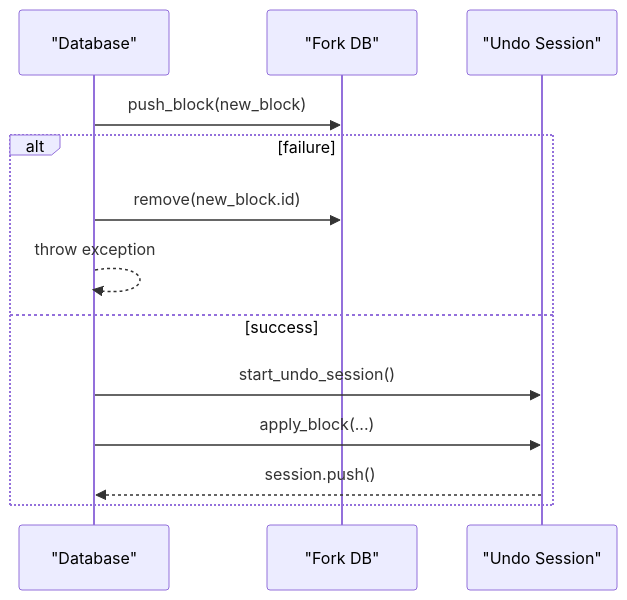
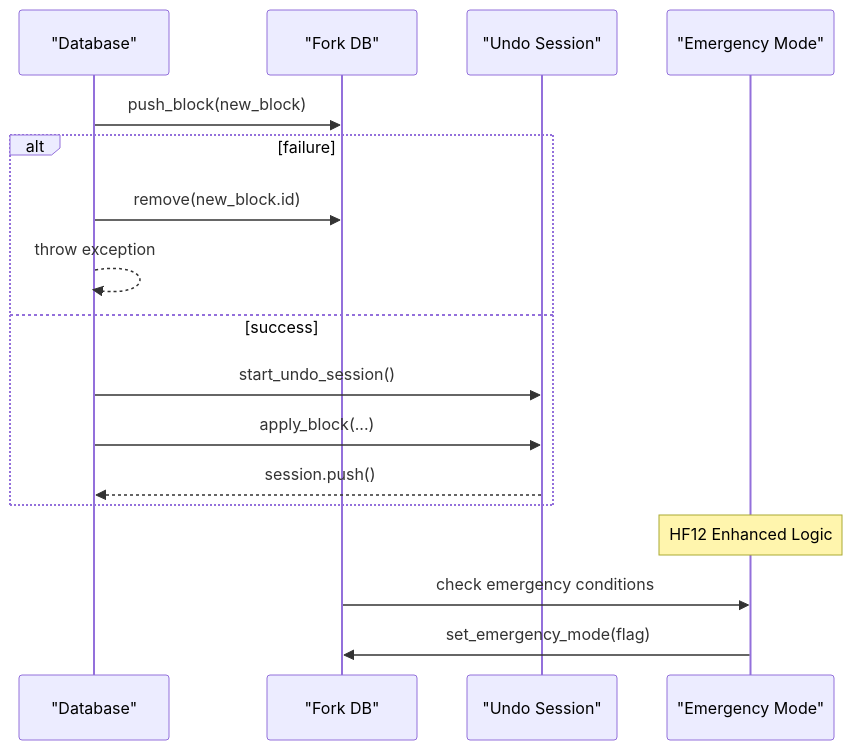
Before and after one commit to VIZ-Blockchain/viz-cpp-node: the sixth of 7 diagrams in .qoder/repowiki/en/content/Advanced Topics/Hardfork Management.md, drawn with Mermaid. The commit also changed other lines of this file and 4 other files, not shown here.

````diff
--- a/.qoder/repowiki/en/content/Advanced Topics/Hardfork Management.md
+++ b/.qoder/repowiki/en/content/Advanced Topics/Hardfork Management.md
@@ -248,15 +352,19 @@
 ```mermaid
 sequenceDiagram
 participant DB as "Database"
 participant ForkDB as "Fork DB"
 participant Session as "Undo Session"
+participant Emergency as "Emergency Mode"
 DB->>ForkDB : push_block(new_block)
 alt failure
 DB->>ForkDB : remove(new_block.id)
 DB-->>DB : throw exception
 else success
 DB->>Session : start_undo_session()
 DB->>Session : apply_block(...)
 Session-->>DB : session.push()
 end
+Note over Emergency : HF12 Enhanced Logic
+ForkDB->>Emergency : check emergency conditions
+Emergency->>ForkDB : set_emergency_mode(flag)
 ```
````
